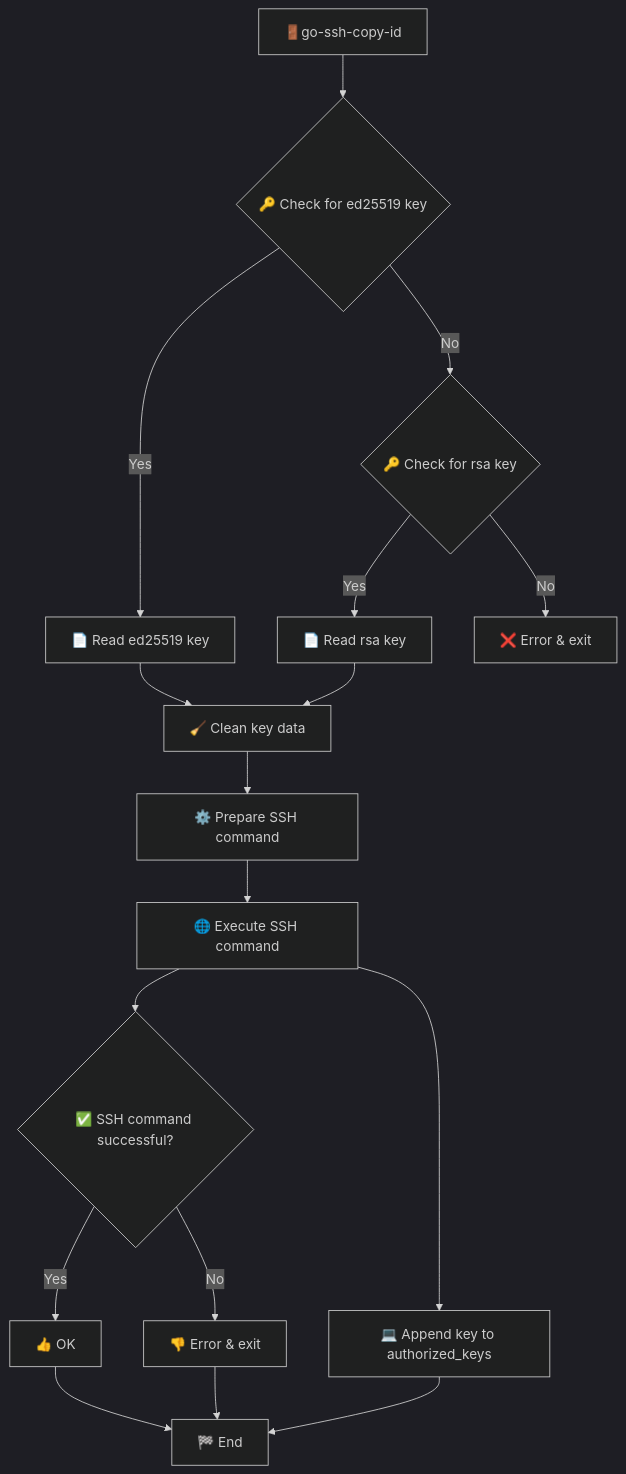
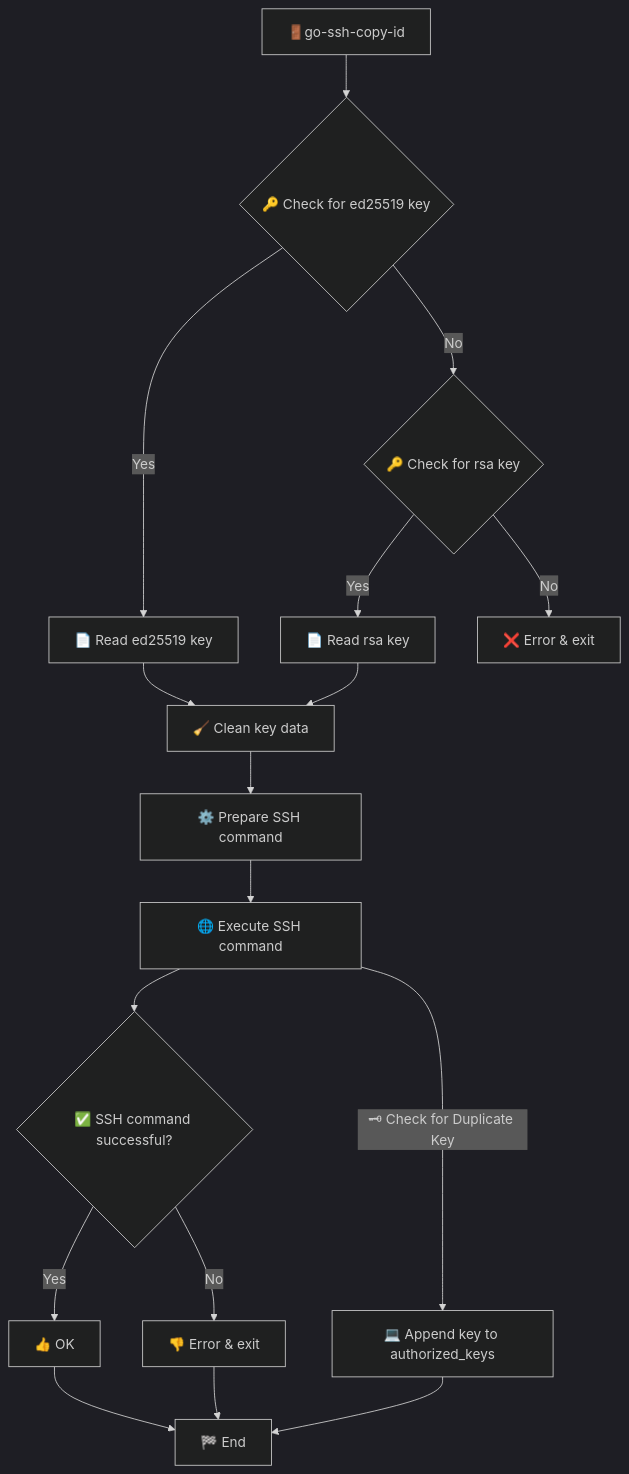
Before and after one commit to gsmitheidw/go-ssh-copy-id: the diagram in README.md, drawn with Mermaid (dark theme).

Commit message:
update diagram

````diff
--- a/README.md
+++ b/README.md
@@ -24,19 +24,19 @@
 ```mermaid
  graph TD
     A[🚪go-ssh-copy-id] --> B{🔑 Check for ed25519 key}
     B -->|Yes| C[📄 Read ed25519 key]
     B -->|No| D{🔑 Check for rsa key}
     D -->|Yes| E[📄 Read rsa key]
     D -->|No| F[❌ Error & exit]
     C --> G[🧹 Clean key data]
     E --> G
     G --> H[⚙️ Prepare SSH command]
     H --> I[🌐 Execute SSH command]
     I --> J{✅ SSH command successful?}
     J -->|Yes| K[👍 OK ]
     J -->|No| L[👎 Error & exit]
     K --> M[🏁 End]
     L --> M
-    I --> N[💻 Append key to authorized_keys]
+    I --> |🗝 Check for Duplicate Key| N[💻 Append key to authorized_keys]
     N --> M 
 ```
````
